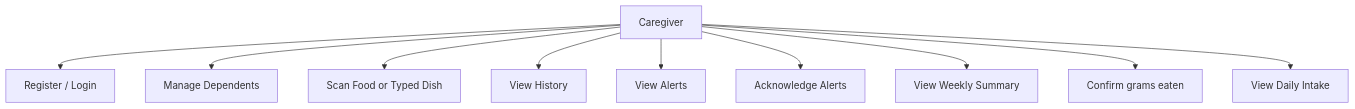
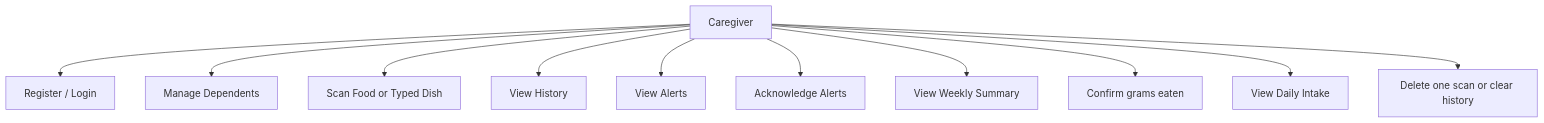
Before and after one commit to punypeony/HEALTHWATCH: the first of 5 diagrams in docs/CCSFEN1L - Project Documentation Draft.md, drawn with Mermaid. The commit also changed other lines of this file and 8 other files, not shown here.

````diff
--- a/docs/CCSFEN1L - Project Documentation Draft.md
+++ b/docs/CCSFEN1L - Project Documentation Draft.md
@@ -168,13 +170,14 @@
 ```mermaid
 flowchart TD
   caregiver[Caregiver]
   caregiver --> registerLogin[Register / Login]
   caregiver --> manageDependents[Manage Dependents]
   caregiver --> scanFood[Scan Food or Typed Dish]
   caregiver --> viewHistory[View History]
   caregiver --> viewAlerts[View Alerts]
   caregiver --> acknowledgeAlerts[Acknowledge Alerts]
   caregiver --> weeklySummary[View Weekly Summary]
   caregiver --> confirmEaten[Confirm grams eaten]
   caregiver --> dailyIntake[View Daily Intake]
+  caregiver --> deleteHistory[Delete one scan or clear history]
 ```
````
